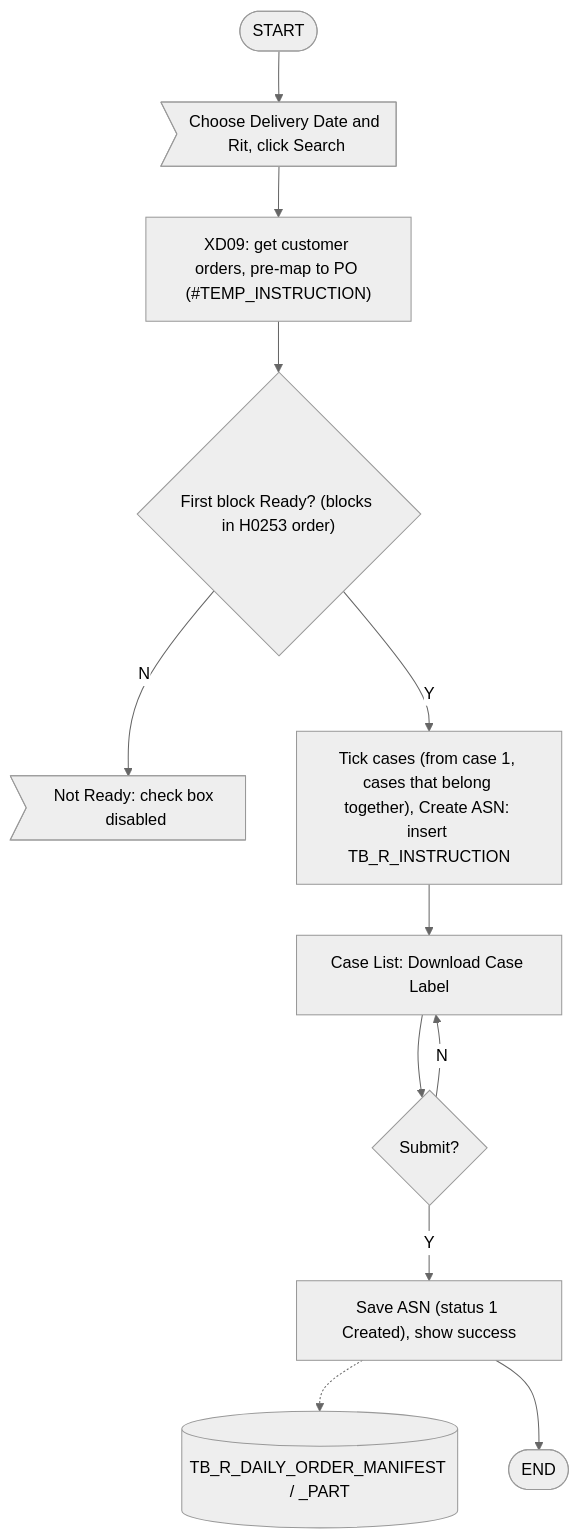
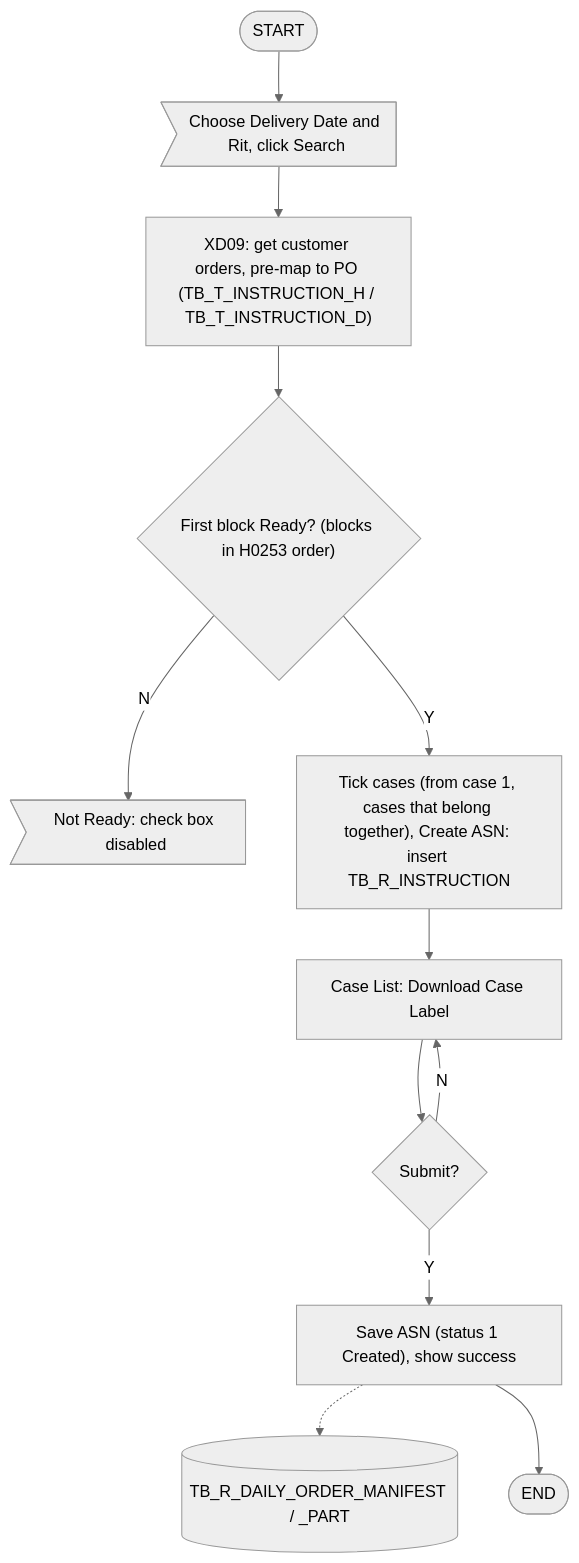
The second of 2 diagrams in prepare_code/uiss/XD10_Screen_ASNCrossDockCreation.md (ivanrayhannn/crossdockpoc), drawn with Mermaid (neutral theme) before and after one commit. The commit also changed other lines of this file and 24 other files, not shown here.

````diff
--- a/prepare_code/uiss/XD10_Screen_ASNCrossDockCreation.md
+++ b/prepare_code/uiss/XD10_Screen_ASNCrossDockCreation.md
@@ -121,25 +123,25 @@
 ```mermaid
 flowchart TB
   s(["START"])
   e>"Choose Delivery Date and Rit, click Search"]
-  g["XD09: get customer orders, pre-map to PO (#TEMP_INSTRUCTION)"]
+  g["XD09: get customer orders, pre-map to PO (TB_T_INSTRUCTION_H / TB_T_INSTRUCTION_D)"]
   d{"First block Ready? (blocks in H0253 order)"}
   w>"Not Ready: check box disabled"]
   p["Tick cases (from case 1, cases that belong together), Create ASN: insert TB_R_INSTRUCTION"]
   l["Case List: Download Case Label"]
   d2{"Submit?"}
   p2["Save ASN (status 1 Created), show success"]
   db[("TB_R_DAILY_ORDER_MANIFEST / _PART")]
   x(["END"])
   s --> e
   e --> g
   g --> d
   d -->|N| w
   d -->|Y| p
   p --> l
   l --> d2
   d2 -->|N| l
   d2 -->|Y| p2
   p2 -.-> db
   p2 --> x
 ```
````
